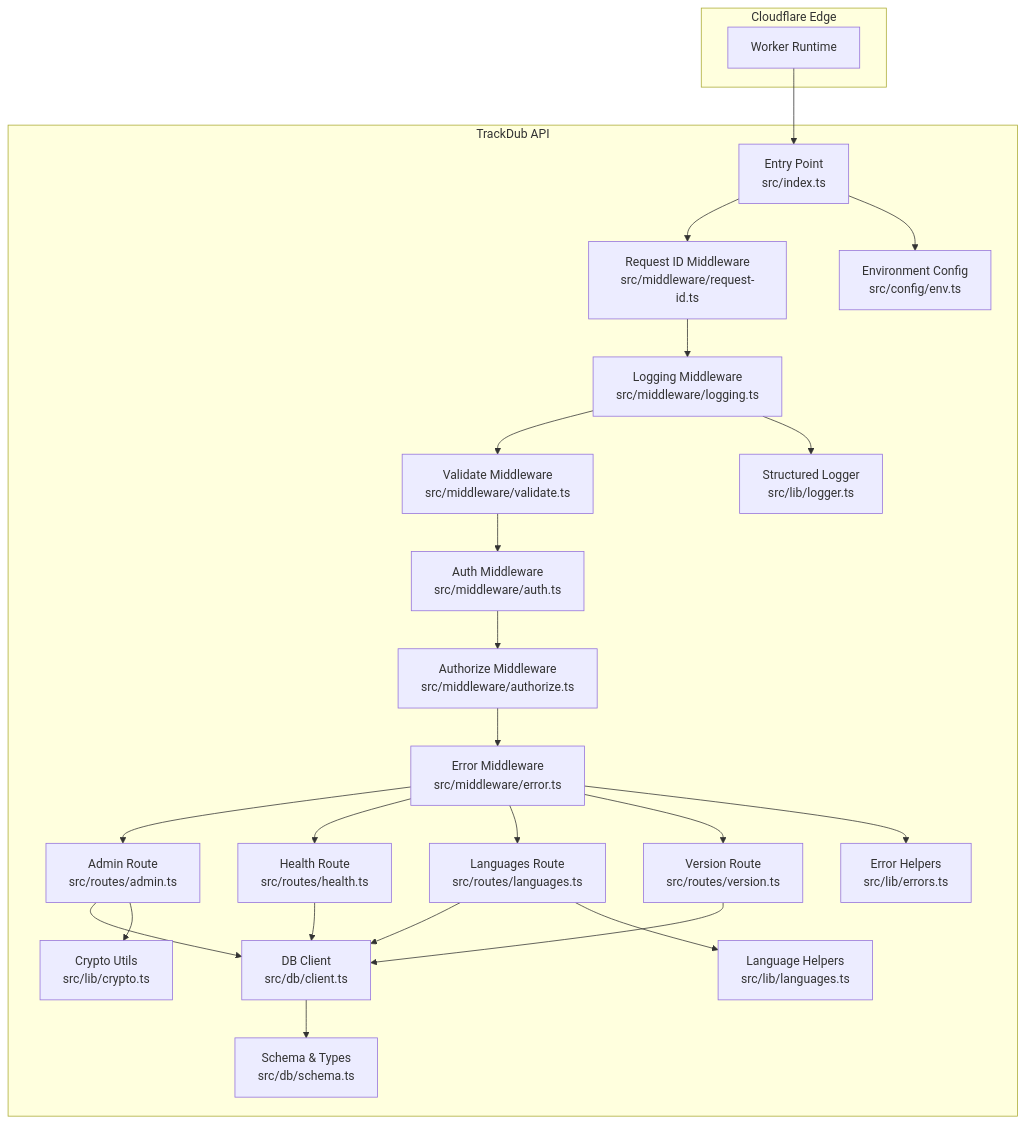
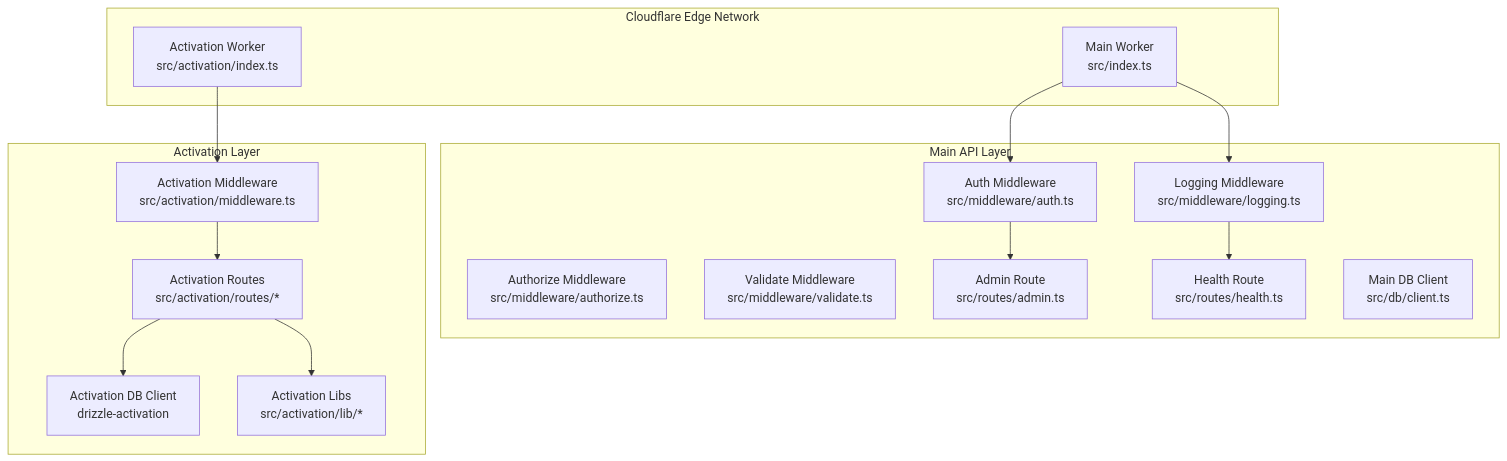
Before and after one commit to Mesililm-LLC/api.trackdub: the first of 6 diagrams in .qoder/repowiki/en/content/Architecture Overview/Architecture Overview.md, drawn with Mermaid. The commit also changed other lines of this file and 37 other files, not shown here.

````diff
--- a/.qoder/repowiki/en/content/Architecture Overview/Architecture Overview.md
+++ b/.qoder/repowiki/en/content/Architecture Overview/Architecture Overview.md
@@ -54,42 +84,27 @@
 ```mermaid
 graph TB
-subgraph "Cloudflare Edge"
-W["Worker Runtime"]
+subgraph "Cloudflare Edge Network"
+W_Main["Main Worker<br/>src/index.ts"]
+W_Activation["Activation Worker<br/>src/activation/index.ts"]
 end
-subgraph "TrackDub API"
-E["Entry Point<br/>src/index.ts"]
+subgraph "Main API Layer"
 MW_Auth["Auth Middleware<br/>src/middleware/auth.ts"]
 MW_Authorize["Authorize Middleware<br/>src/middleware/authorize.ts"]
 MW_Validate["Validate Middleware<br/>src/middleware/validate.ts"]
 MW_Logging["Logging Middleware<br/>src/middleware/logging.ts"]
-MW_RequestID["Request ID Middleware<br/>src/middleware/request-id.ts"]
-MW_Error["Error Middleware<br/>src/middleware/error.ts"]
 R_Admin["Admin Route<br/>src/routes/admin.ts"]
 R_Health["Health Route<br/>src/routes/health.ts"]
-R_Languages["Languages Route<br/>src/routes/languages.ts"]
-R_Version["Version Route<br/>src/routes/version.ts"]
-DB_Client["DB Client<br/>src/db/client.ts"]
-DB_Schema["Schema & Types<br/>src/db/schema.ts"]
-CFG_Env["Environment Config<br/>src/config/env.ts"]
-LIB_Crypto["Crypto Utils<br/>src/lib/crypto.ts"]
-LIB_Errors["Error Helpers<br/>src/lib/errors.ts"]
-LIB_Lang["Language Helpers<br/>src/lib/languages.ts"]
-LIB_Logger["Structured Logger<br/>src/lib/logger.ts"]
+DB_Main["Main DB Client<br/>src/db/client.ts"]
 end
-W --> E
-E --> MW_RequestID --> MW_Logging --> MW_Validate --> MW_Auth --> MW_Authorize --> MW_Error
-MW_Error --> R_Admin
-MW_Error --> R_Health
-MW_Error --> R_Languages
-MW_Error --> R_Version
-R_Admin --> DB_Client
-R_Health --> DB_Client
-R_Languages --> DB_Client
-R_Version --> DB_Client
-DB_Client --> DB_Schema
-E --> CFG_Env
-R_Admin --> LIB_Crypto
-R_Languages --> LIB_Lang
-MW_Logging --> LIB_Logger
-MW_Error --> LIB_Errors
+subgraph "Activation Layer"
+ACT_MW["Activation Middleware<br/>src/activation/middleware.ts"]
+ACT_Routes["Activation Routes<br/>src/activation/routes/*"]
+ACT_DB["Activation DB Client<br/>drizzle-activation"]
+ACT_Lib["Activation Libs<br/>src/activation/lib/*"]
+end
+W_Main --> MW_Auth --> R_Admin
+W_Main --> MW_Logging --> R_Health
+W_Activation --> ACT_MW --> ACT_Routes
+ACT_Routes --> ACT_DB
+ACT_Routes --> ACT_Lib
 ```
````
